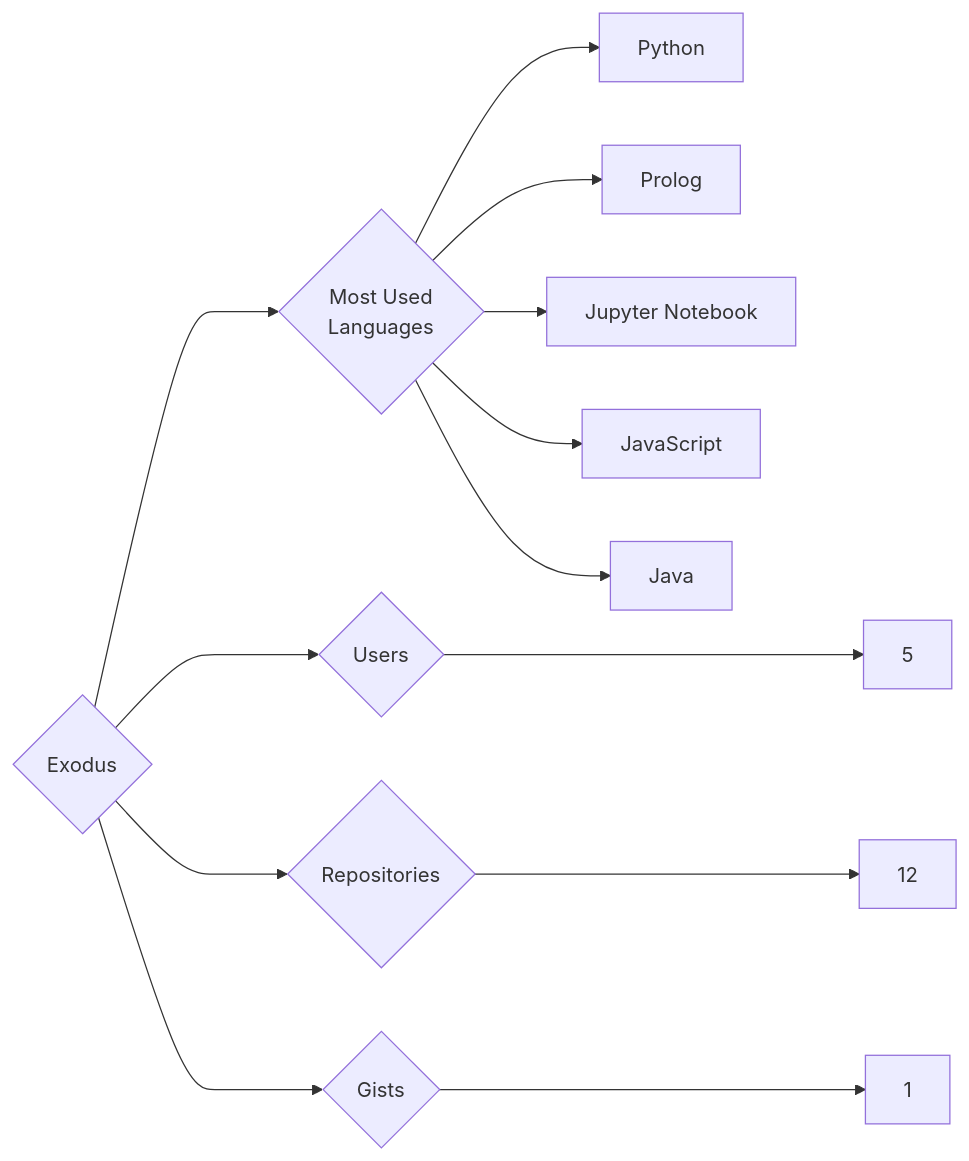
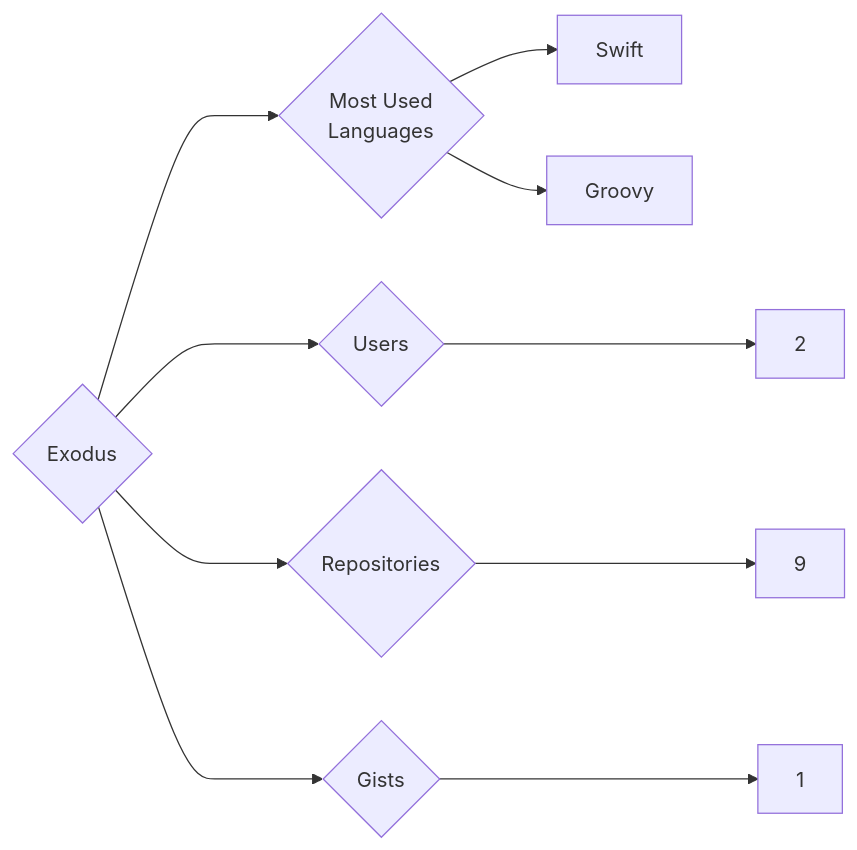
Before and after one commit to trickest/insiders: the diagram in targets/Exodus/README.md, drawn with Mermaid. The commit also changed 942 other files, not shown here.

````diff
--- a/targets/Exodus/README.md
+++ b/targets/Exodus/README.md
@@ -3,13 +3,10 @@
 ```mermaid
 graph LR
 COMPANY_NAME{Exodus}
-COMPANY_NAME ---> U{Users} ---> UN[5]
-COMPANY_NAME ---> R{Repositories} ---> RN[12]
+COMPANY_NAME ---> U{Users} ---> UN[2]
+COMPANY_NAME ---> R{Repositories} ---> RN[9]
 COMPANY_NAME ---> G{Gists} ---> GN[1]
 COMPANY_NAME ---> ML{Most Used<br>Languages}
-ML --> Python[Python]
-ML --> Prolog[Prolog]
-ML --> Jupyter_Notebook[Jupyter Notebook]
-ML --> JavaScript[JavaScript]
-ML --> Java[Java]
+ML --> Swift[Swift]
+ML --> Groovy[Groovy]
 ```
````
